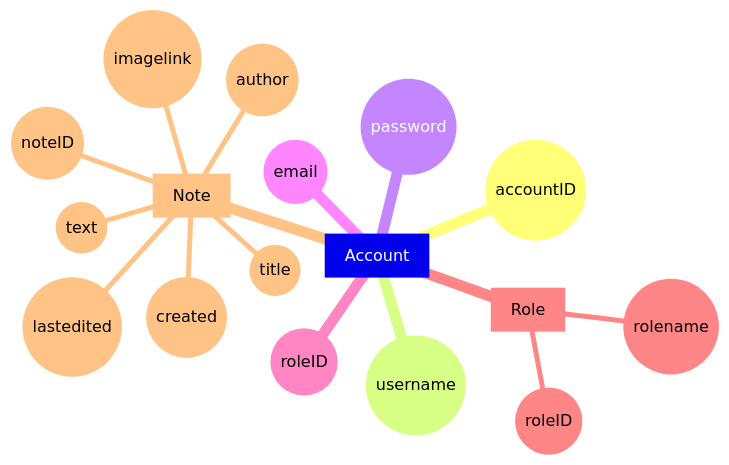
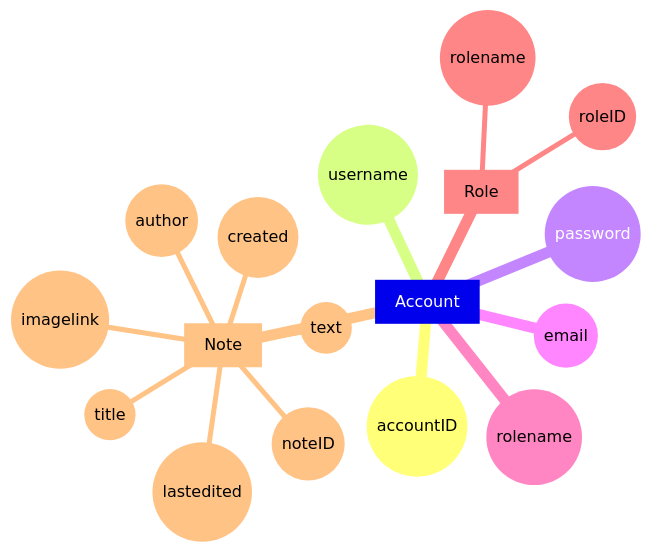
The first of 3 diagrams in Artefakter/UML/ER diagram.md (PBI22/Agil-Flask-Note-Projekt), drawn with Mermaid before and after one commit. The commit also changed other lines of this file, not shown here.

````diff
--- a/Artefakter/UML/ER diagram.md
+++ b/Artefakter/UML/ER diagram.md
@@ -6,22 +6,22 @@
 ```mermaid
 mindmap
   [Account]
     ((accountID))
     ((username))
     ((password))
     ((email))
-    ((roleID))
+    ((rolename))
     
     [Role]
       ((roleID))
       ((rolename))
     
     [Note]
         ((noteID))
         ((title))
         ((text))
         ((created))
         ((lastedited))
         ((imagelink))
         ((author))
 ```
````
